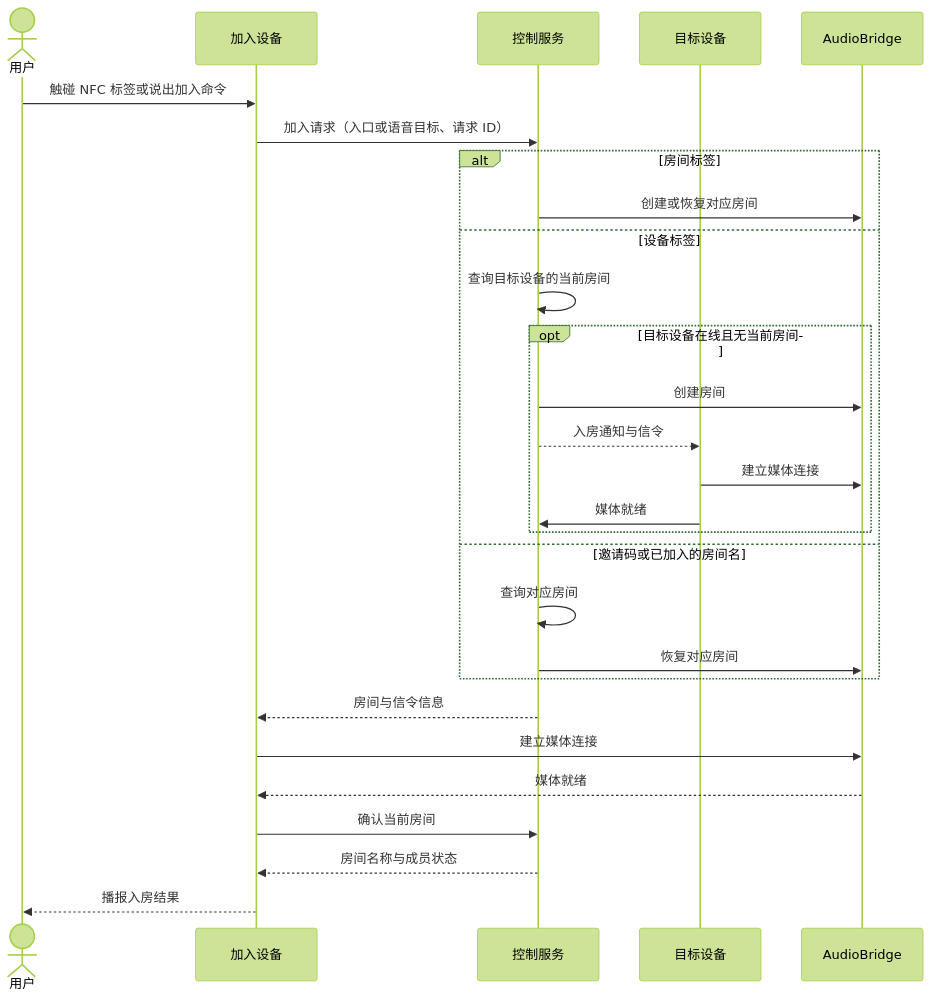
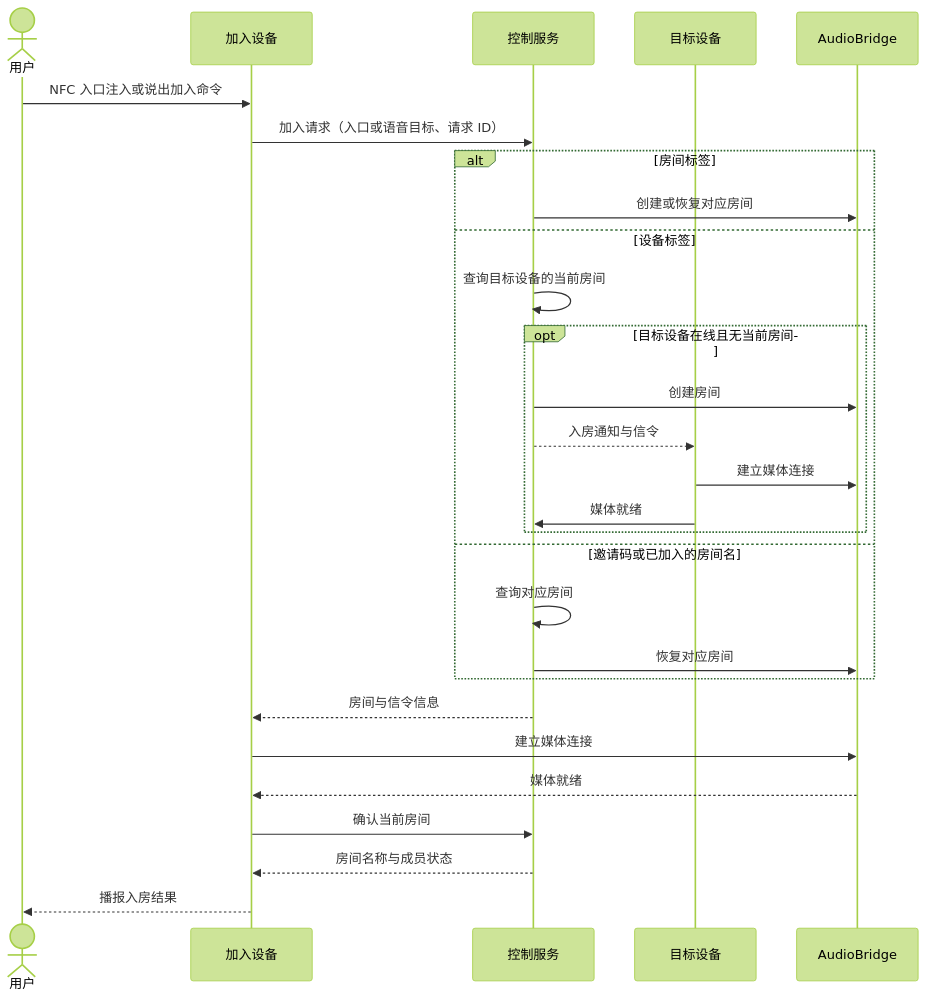
Before and after one commit to Shi1xin/linx-intercom: the third of 7 diagrams in docs/architecture-design.md, drawn with Mermaid (forest theme). The commit also changed other lines of this file and 13 other files, not shown here.

````diff
--- a/docs/architecture-design.md
+++ b/docs/architecture-design.md
@@ -85,30 +86,30 @@
 ```mermaid
 sequenceDiagram
     actor U as 用户
     participant D as 加入设备
     participant C as 控制服务
     participant P as 目标设备
     participant J as AudioBridge
-    U->>D: 触碰 NFC 标签或说出加入命令
+    U->>D: NFC 入口注入或说出加入命令
     D->>C: 加入请求（入口或语音目标、请求 ID）
     alt 房间标签
         C->>J: 创建或恢复对应房间
     else 设备标签
         C->>C: 查询目标设备的当前房间
         opt 目标设备在线且无当前房间
             C->>J: 创建房间
             C-->>P: 入房通知与信令
             P->>J: 建立媒体连接
             P->>C: 媒体就绪
         end
     else 邀请码或已加入的房间名
         C->>C: 查询对应房间
         C->>J: 恢复对应房间
     end
     C-->>D: 房间与信令信息
     D->>J: 建立媒体连接
     J-->>D: 媒体就绪
     D->>C: 确认当前房间
     C-->>D: 房间名称与成员状态
     D-->>U: 播报入房结果
 ```
````
